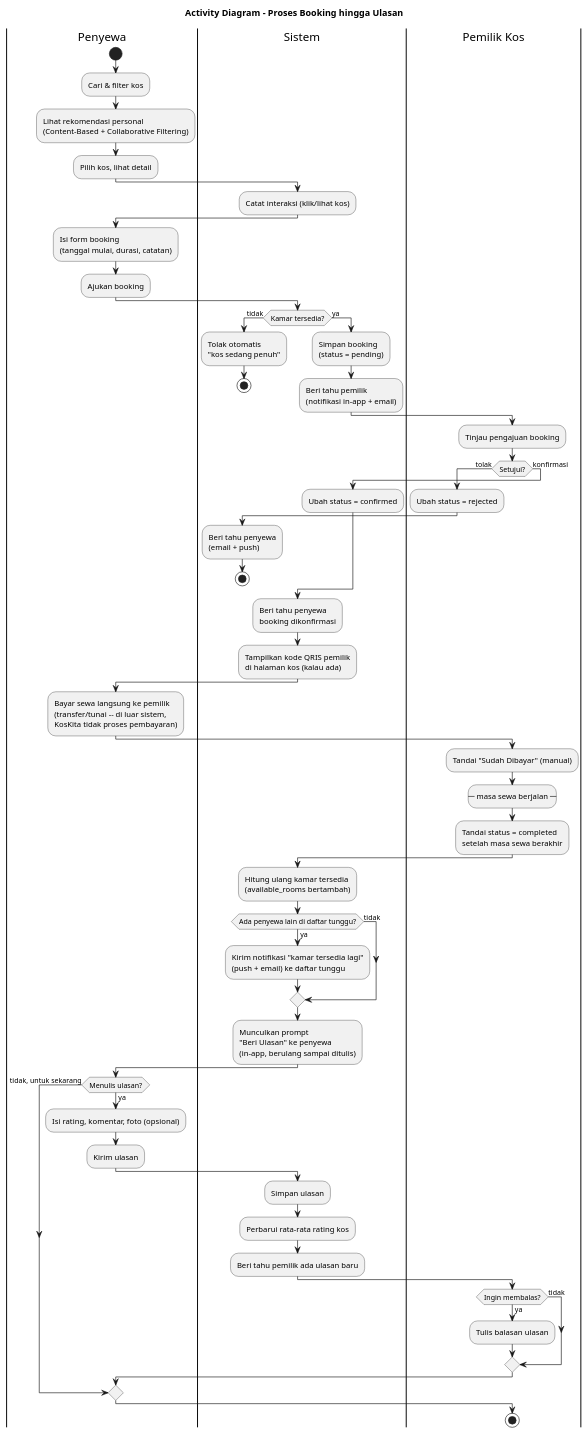
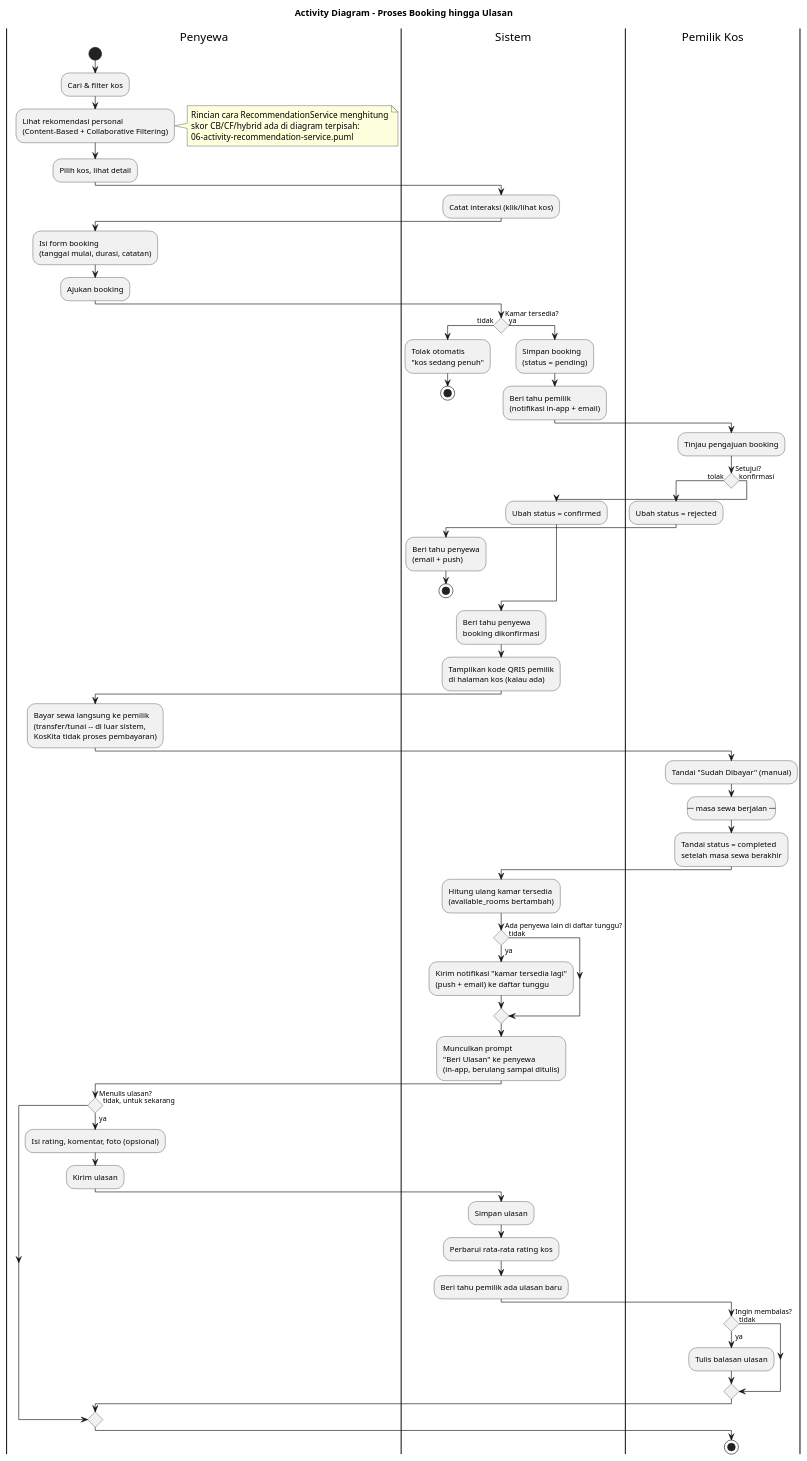
Before and after one commit to bryandaniel1304/koskita: the diagram in docs/diagrams/04-activity-booking.puml, drawn with PlantUML. The commit also changed 45 other files, not shown here.

First line of the commit message:
Pecah use case diagram per aktor & lengkapi diagram activity skripsi

```diff
--- a/docs/diagrams/04-activity-booking.puml
+++ b/docs/diagrams/04-activity-booking.puml
@@ -1,75 +1,83 @@
 @startuml 04-activity-booking
 title Activity Diagram - Proses Booking hingga Ulasan
 skinparam backgroundColor White
+' Paksa titik keputusan pakai wajik/diamond standar UML (bukan hexagon --
+' lihat catatan yang sama di gambar-activity-perbandingan.puml).
+skinparam ConditionStyle diamond
 
 |Penyewa|
 start
 :Cari & filter kos;
 :Lihat rekomendasi personal\n(Content-Based + Collaborative Filtering);
+note right
+  Rincian cara RecommendationService menghitung
+  skor CB/CF/hybrid ada di diagram terpisah:
+  06-activity-recommendation-service.puml
+end note
 :Pilih kos, lihat detail;
 
 |Sistem|
 :Catat interaksi (klik/lihat kos);
 
 |Penyewa|
 :Isi form booking\n(tanggal mulai, durasi, catatan);
 :Ajukan booking;
 
 |Sistem|
 if (Kamar tersedia?) then (tidak)
   :Tolak otomatis\n"kos sedang penuh";
   stop
 else (ya)
   :Simpan booking\n(status = pending);
   :Beri tahu pemilik\n(notifikasi in-app + email);
 endif
 
 |Pemilik Kos|
 :Tinjau pengajuan booking;
 if (Setujui?) then (tolak)
   :Ubah status = rejected;
   |Sistem|
   :Beri tahu penyewa\n(email + push);
   stop
 else (konfirmasi)
   :Ubah status = confirmed;
 endif
 
 |Sistem|
 :Beri tahu penyewa\nbooking dikonfirmasi;
 :Tampilkan kode QRIS pemilik\ndi halaman kos (kalau ada);
 
 |Penyewa|
 :Bayar sewa langsung ke pemilik\n(transfer/tunai -- di luar sistem,\nKosKita tidak proses pembayaran);
 
 |Pemilik Kos|
 :Tandai "Sudah Dibayar" (manual);
 :-- masa sewa berjalan --;
 :Tandai status = completed\nsetelah masa sewa berakhir;
 
 |Sistem|
 :Hitung ulang kamar tersedia\n(available_rooms bertambah);
 if (Ada penyewa lain di daftar tunggu?) then (ya)
   :Kirim notifikasi "kamar tersedia lagi"\n(push + email) ke daftar tunggu;
 else (tidak)
 endif
 :Munculkan prompt\n"Beri Ulasan" ke penyewa\n(in-app, berulang sampai ditulis);
 
 |Penyewa|
 if (Menulis ulasan?) then (ya)
   :Isi rating, komentar, foto (opsional);
   :Kirim ulasan;
   |Sistem|
   :Simpan ulasan;
   :Perbarui rata-rata rating kos;
   :Beri tahu pemilik ada ulasan baru;
   |Pemilik Kos|
   if (Ingin membalas?) then (ya)
     :Tulis balasan ulasan;
   else (tidak)
   endif
 else (tidak, untuk sekarang)
 endif
 
 stop
 @enduml
```
